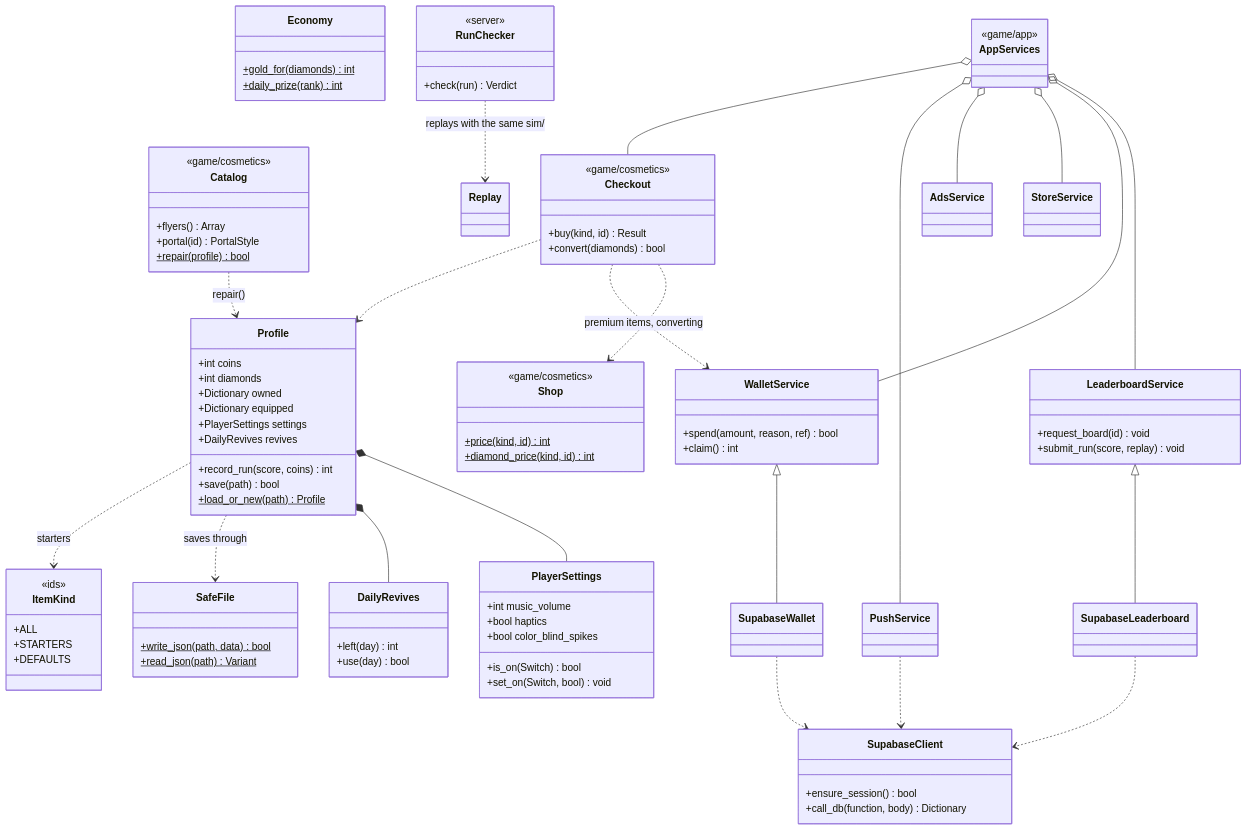
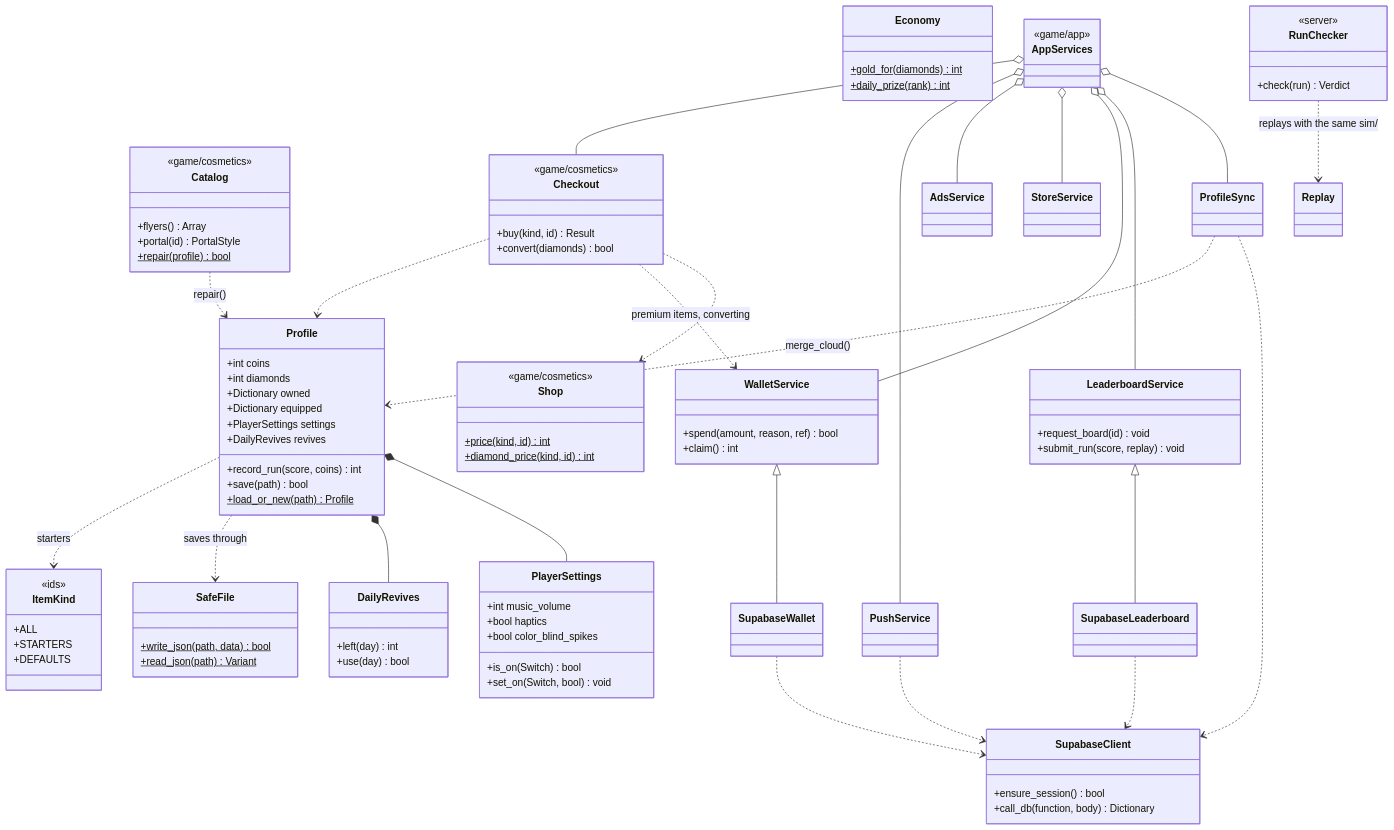
One commit to Mxndarijn/Spikey changed the third of 3 diagrams in docs/DOMAIN_MODEL.md. Above: the diagram before and after it, drawn with Mermaid. The commit also changed other lines of this file and 20 other files, not shown here.

```diff
--- a/docs/DOMAIN_MODEL.md
+++ b/docs/DOMAIN_MODEL.md
@@ -391,6 +391,9 @@
 SupabaseLeaderboard ..> SupabaseClient
 SupabaseWallet ..> SupabaseClient
 PushService ..> SupabaseClient
+ProfileSync ..> SupabaseClient
+ProfileSync ..> Profile : merge_cloud()
+AppServices o-- ProfileSync
 AppServices o-- LeaderboardService
 AppServices o-- WalletService
 AppServices o-- StoreService
```
